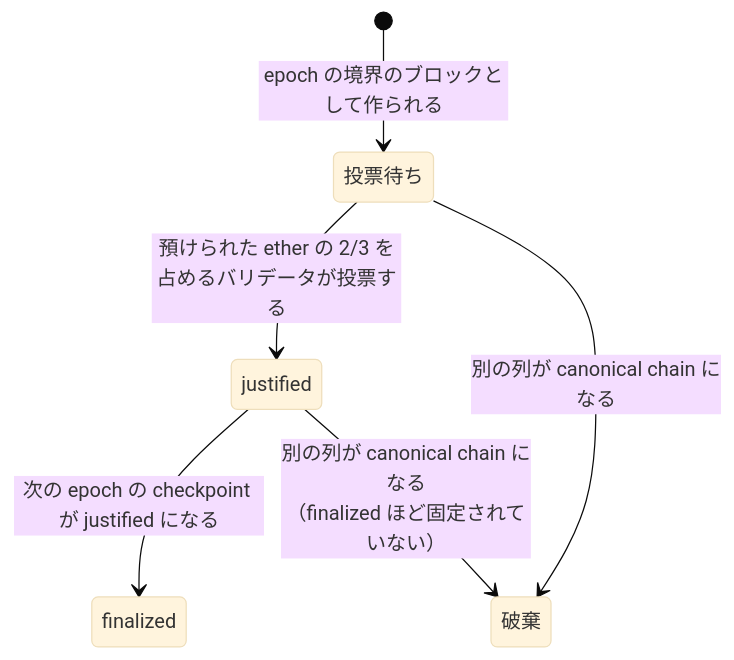
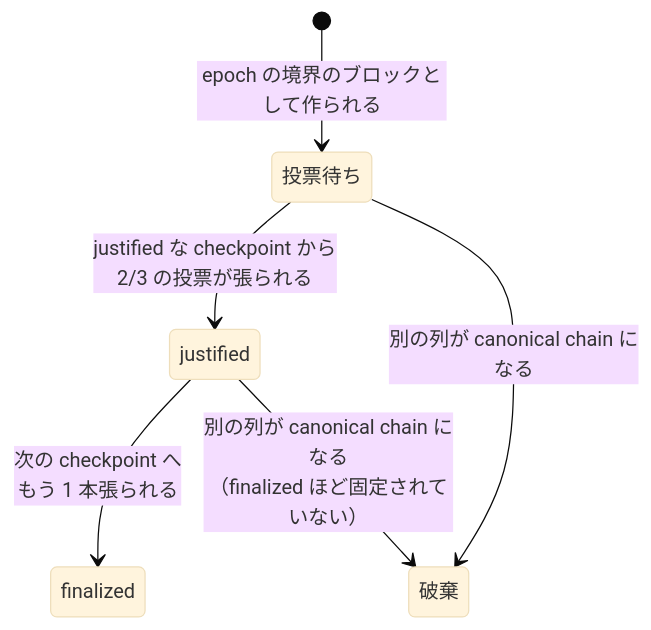
The fifth of 9 diagrams in content/notes/blockchain-systems/finality/index.md (nao1215/debimate), drawn with Mermaid (base theme) before and after one commit. The commit also changed other lines of this file and 50 other files, not shown here.

````diff
--- a/content/notes/blockchain-systems/finality/index.md
+++ b/content/notes/blockchain-systems/finality/index.md
@@ -121,8 +123,8 @@
 ```mermaid
 stateDiagram-v2
     [*] --> 投票待ち: epoch の境界のブロックとして作られる
-    投票待ち --> justified: 預けられた ether の 2/3 を占めるバリデータが投票する
-    justified --> finalized: 次の epoch の checkpoint が justified になる
+    投票待ち --> justified: justified な checkpoint から<br/>2/3 の投票が張られる
+    justified --> finalized: 次の checkpoint へ<br/>もう 1 本張られる
     投票待ち --> 破棄: 別の列が canonical chain になる
     justified --> 破棄: 別の列が canonical chain になる<br/>（finalized ほど固定されていない）
 ```
````
